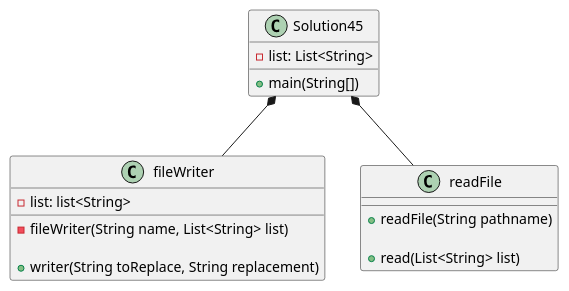
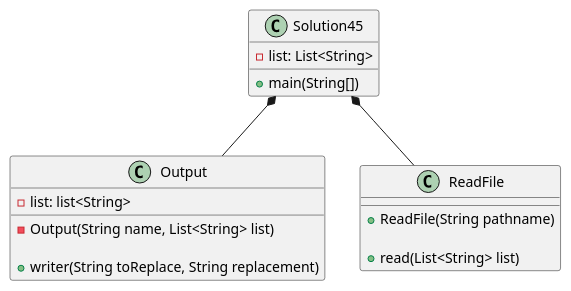
Before and after one commit to cachemoney-3000/samontanez-a04: the diagram in exercise45/docs/Solution45_ClassDiagram.puml, drawn with PlantUML. The commit also changed 8 other files, not shown here.

```diff
--- a/exercise45/docs/Solution45_ClassDiagram.puml
+++ b/exercise45/docs/Solution45_ClassDiagram.puml
@@ -1,53 +1,53 @@
 @startuml
 class Solution45 {
     'attribute
     -list: List<String>
 
     +main(String[])
         'prompt for the output file
-        'call the readFile object
+        'call the ReadFile object
         'store the scanned lines into the list
 
-        'call the fileWriter object
+        'call the Output object
         'prints out the output into a file
         'display the output that was written into the file
 }
 
-class fileWriter {
-    'call the fileWriter object
+class Output {
+    'call the Output object
 
     'attribute
     -list: list<String>
 
     'constructor
-    -fileWriter(String name, List<String> list)
+    -Output(String name, List<String> list)
 
     +writer(String toReplace, String replacement)
         'StringBuilder object
         '(for-loop) iterates through the list
             'replace the words
             'store the output into a string builder
             'prints out the output into a file
 
-        'close the fileWriter method
+        'close the Output method
         'return the string builder
 }
 
-class readFile{
+class ReadFile{
     'call the scanner object
 
     'constructor
-    +readFile(String pathname)
+    +ReadFile(String pathname)
 
     +read(List<String> list)
     'try scanning the lines
         'store the scanned lines into the list
     'catch all the exception and prints it
     'close the scanner
 
     'return the array list
 }
 
-Solution45 *-- readFile
-Solution45 *-- fileWriter
+Solution45 *-- ReadFile
+Solution45 *-- Output
 @enduml
```
